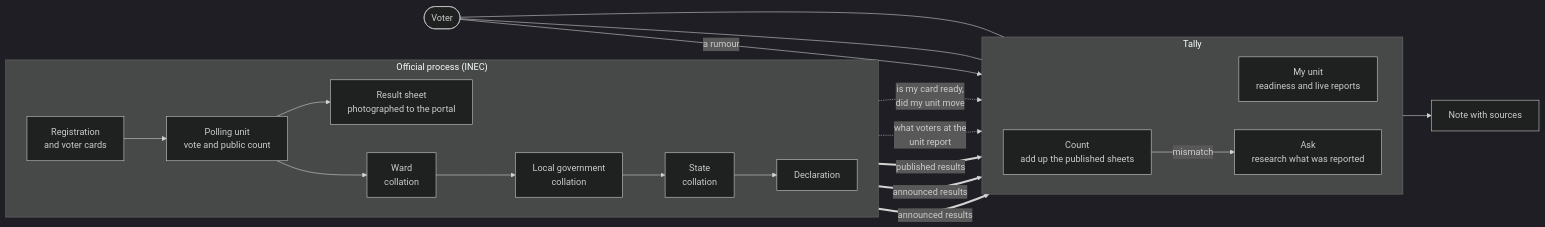
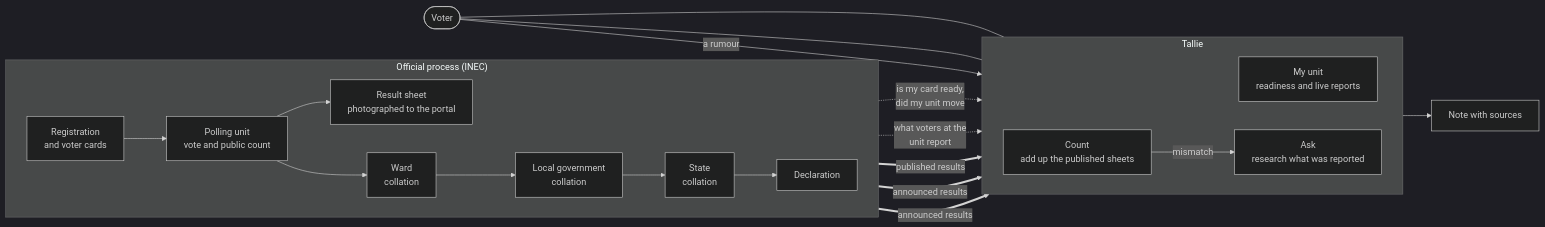
One commit to ktechfest2/TEAM-8-3.0 changed the first of 3 diagrams in docs/SYSTEM-SKETCH.md. Above: the diagram before and after it, drawn with Mermaid (dark theme). The commit also changed other lines of this file and 46 other files, not shown here.

````diff
--- a/docs/SYSTEM-SKETCH.md
+++ b/docs/SYSTEM-SKETCH.md
@@ -7,30 +7,30 @@
 ```mermaid
 flowchart LR
   subgraph official["Official process (INEC)"]
     direction LR
     A["Registration<br/>and voter cards"] --> B["Polling unit<br/>vote and public count"]
     B --> C["Result sheet<br/>photographed to the portal"]
     B --> D["Ward<br/>collation"]
     D --> E["Local government<br/>collation"]
     E --> F["State<br/>collation"]
     F --> G["Declaration"]
   end
 
-  subgraph tally["Tally"]
+  subgraph tally["Tallie"]
     direction LR
     U["My unit<br/>readiness and live reports"]
     S["Count<br/>add up the published sheets"]
     R["Ask<br/>research what was reported"]
   end
 
   A -. "is my card ready,<br/>did my unit move" .-> U
   B -. "what voters at the<br/>unit report" .-> U
   C == "published results" ==> S
   E == "announced results" ==> S
   F == "announced results" ==> S
   S -- "mismatch" --> R
   V(["Voter"]) --- U
   V --- S
   V -- "a rumour" --> R
   R --> N["Note with sources"]
 ```
````
